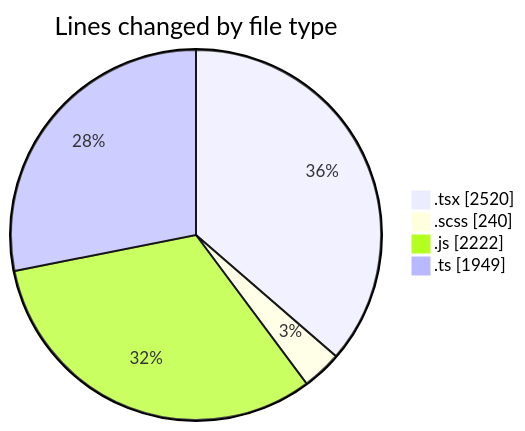
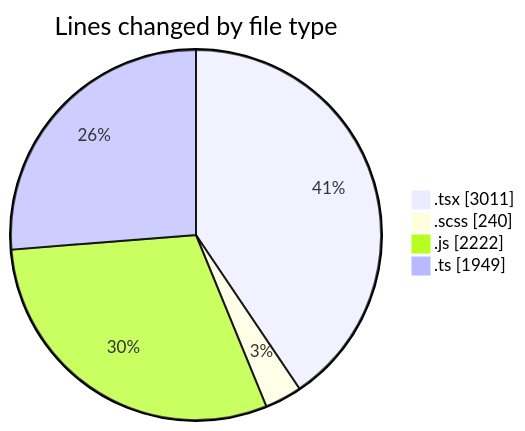
The first of 2 diagrams in 2026-06-17/cda/README.md (momahboobian/code-tracking), drawn with Mermaid before and after one commit. The commit also changed other lines of this file and 1 other file, not shown here.

````diff
--- a/2026-06-17/cda/README.md
+++ b/2026-06-17/cda/README.md
@@ -50,8 +50,8 @@
 ```mermaid
 pie showData
 title Lines changed by file type
-".tsx" : 2520
+".tsx" : 3011
 ".scss" : 240
 ".js" : 2222
 ".ts" : 1949
 ```
````
